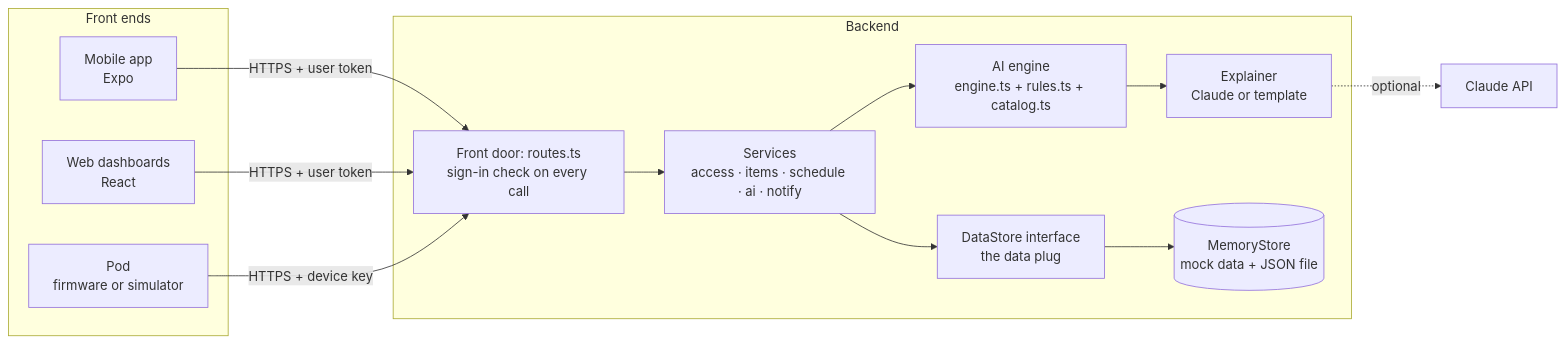
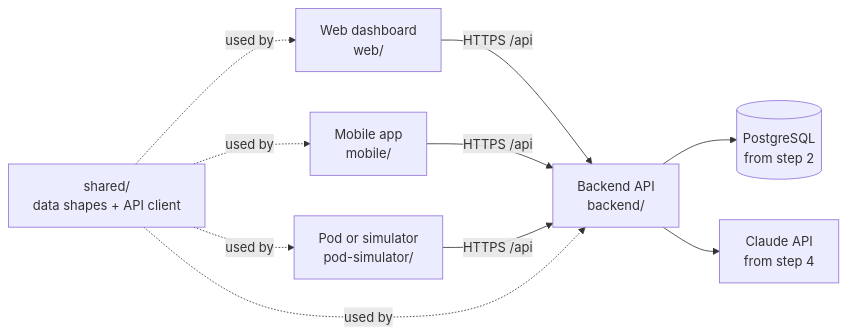
Before and after one commit to bkramadan/smartpod: the diagram in docs/ARCHITECTURE.md, drawn with Mermaid. The commit also changed other lines of this file and 123 other files, not shown here.

First line of the commit message:
Rebuild foundation: TypeScript monorepo for backend, web, mobile and Pod simulator

````diff
--- a/docs/ARCHITECTURE.md
+++ b/docs/ARCHITECTURE.md
@@ -7,23 +5,9 @@
 ```mermaid
 flowchart LR
-  subgraph Front ends
-    MOB[Mobile app<br/>Expo]
-    WEB[Web dashboards<br/>React]
-    POD[Pod<br/>firmware or simulator]
-  end
-  subgraph Backend
-    API[Front door: routes.ts<br/>sign-in check on every call]
-    SVC[Services<br/>access · items · schedule · ai · notify]
-    ENG[AI engine<br/>engine.ts + rules.ts + catalog.ts]
-    EXP[Explainer<br/>Claude or template]
-    STORE[DataStore interface<br/>the data plug]
-    MEM[(MemoryStore<br/>mock data + JSON file)]
-  end
-  MOB -->|HTTPS + user token| API
-  WEB -->|HTTPS + user token| API
-  POD -->|HTTPS + device key| API
-  API --> SVC
-  SVC --> ENG --> EXP
-  SVC --> STORE --> MEM
-  EXP -.->|optional| CLAUDE[Claude API]
+  W[Web dashboard<br/>web/] -->|HTTPS /api| B
+  M[Mobile app<br/>mobile/] -->|HTTPS /api| B
+  P[Pod or simulator<br/>pod-simulator/] -->|HTTPS /api| B
+  B[Backend API<br/>backend/] --> DB[(PostgreSQL<br/>from step 2)]
+  B --> AI[Claude API<br/>from step 4]
+  S[shared/<br/>data shapes + API client] -.used by.-> W & M & P & B
 ```
````
